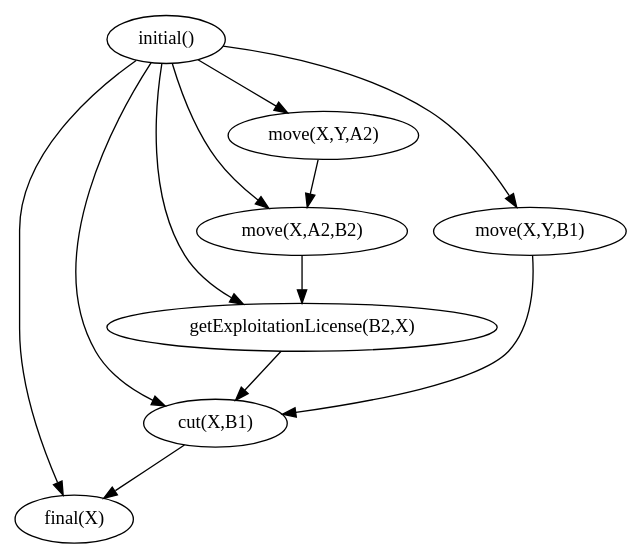
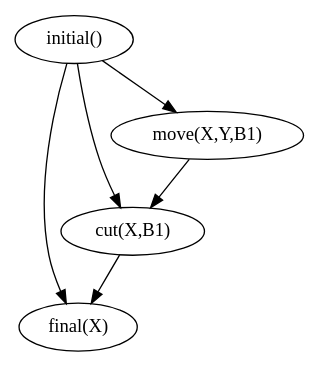
Before and after one commit to tokyramarozaka/mimosa-iriela-extension: the diagram in output/overview.png.dot, drawn with Graphviz. The commit also changed 22 other files, not shown here.

Commit message:
chore: added detailed state space search graph

```diff
--- a/output/overview.png.dot
+++ b/output/overview.png.dot
@@ -1,13 +1,7 @@
 digraph G { 
   "initial()" -> "final(X)";
   "initial()" -> "cut(X,B1)";
-  "initial()" -> "getExploitationLicense(B2,X)";
-  "initial()" -> "move(X,A2,B2)";
   "initial()" -> "move(X,Y,B1)";
-  "initial()" -> "move(X,Y,A2)";
   "cut(X,B1)" -> "final(X)";
-  "getExploitationLicense(B2,X)" -> "cut(X,B1)";
-  "move(X,A2,B2)" -> "getExploitationLicense(B2,X)";
   "move(X,Y,B1)" -> "cut(X,B1)";
-  "move(X,Y,A2)" -> "move(X,A2,B2)";
 }
```
